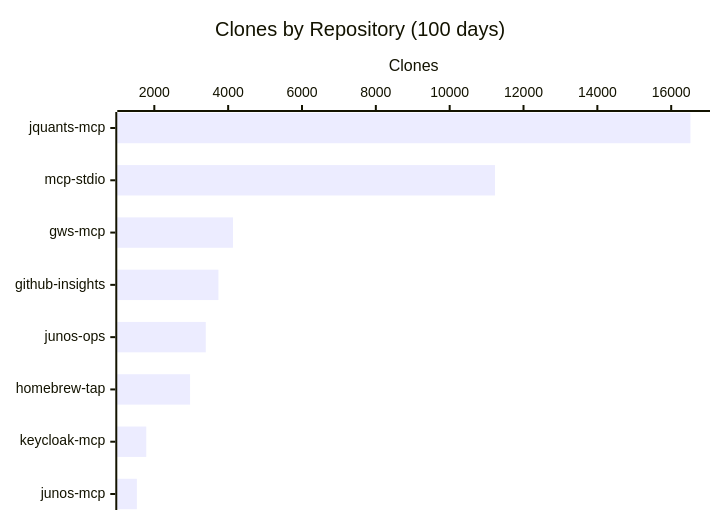
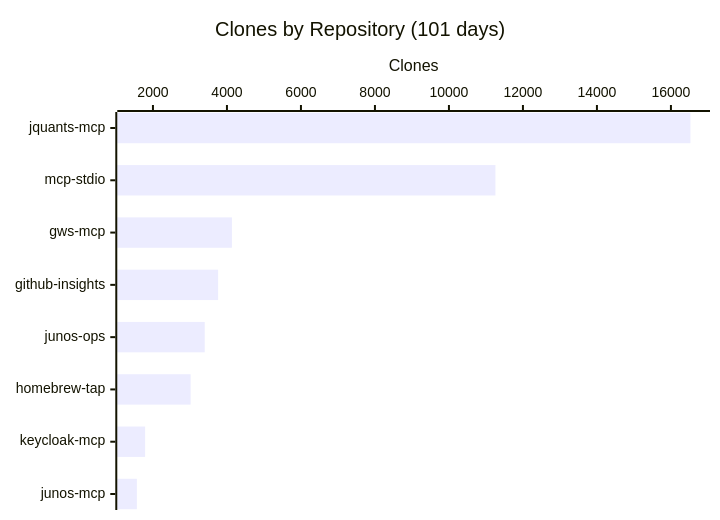
Before and after one commit to shigechika/github-insights: the third of 3 diagrams in README.md, drawn with Mermaid. The commit also changed other lines of this file and 2 other files, not shown here.

````diff
--- a/README.md
+++ b/README.md
@@ -43,7 +43,7 @@
 ```mermaid
 xychart-beta horizontal
-    title "Clones by Repository (100 days)"
+    title "Clones by Repository (101 days)"
     x-axis ["jquants-mcp", "mcp-stdio", "gws-mcp", "github-insights", "junos-ops", "homebrew-tap", "keycloak-mcp", "junos-mcp"]
     y-axis "Clones"
-    bar [16521, 11228, 4130, 3736, 3394, 2969, 1782, 1527]
+    bar [16527, 11257, 4134, 3761, 3399, 3018, 1788, 1565]
 ```
````
